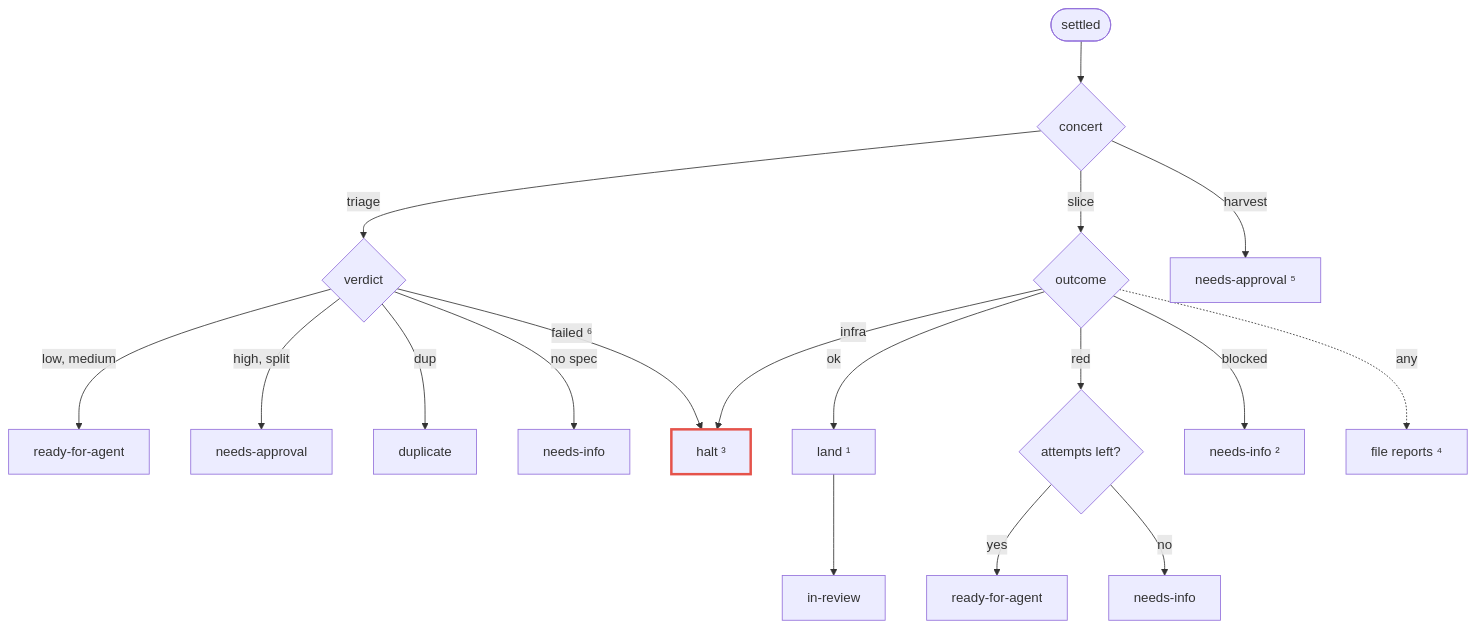
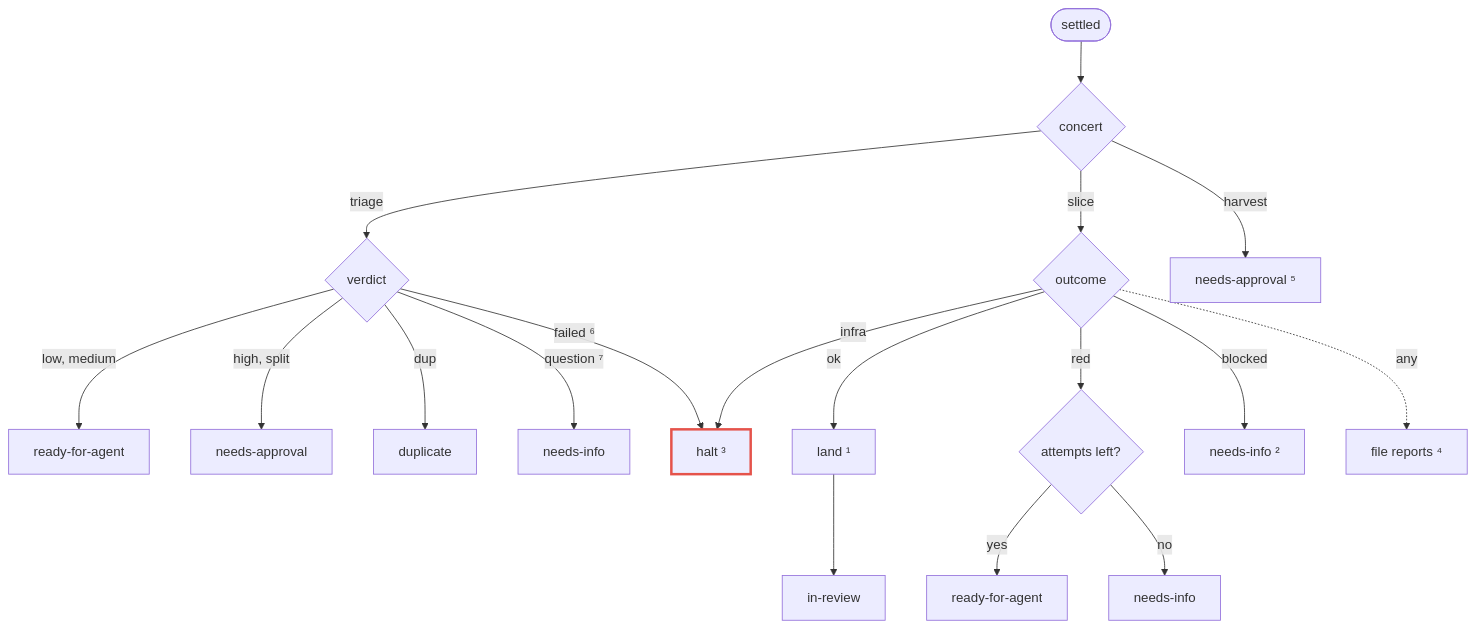
Before and after one commit to dvalnn/maestro: the third of 5 diagrams in docs/agents/factory.md, drawn with Mermaid. The commit also changed other lines of this file and 13 other files, not shown here.

````diff
--- a/docs/agents/factory.md
+++ b/docs/agents/factory.md
@@ -80,22 +83,22 @@
 ```mermaid
 flowchart TD
     S(["settled"]) --> K{"concert"}
     K -->|triage| V{"verdict"}
     V -->|"low, medium"| RA["ready-for-agent"]
     V -->|"high, split"| NA["needs-approval"]
     V -->|dup| DU["duplicate"]
-    V -->|"no spec"| NI1["needs-info"]
+    V -->|"question ⁷"| NI1["needs-info"]
     V -->|"failed ⁶"| HALT
     K -->|slice| O{"outcome"}
     O -->|ok| LAND["land ¹"] --> IR["in-review"]
     O -->|red| A{"attempts left?"}
     A -->|yes| RA2["ready-for-agent"]
     A -->|no| NI2["needs-info"]
     O -->|blocked| NI3["needs-info ²"]
     O -->|infra| HALT["halt ³"]
     O -.->|any| REP["file reports ⁴"]
     K -->|harvest| PR["needs-approval ⁵"]
 
     classDef fault stroke:#e5534b,stroke-width:3px
     class HALT fault
 ```
````
